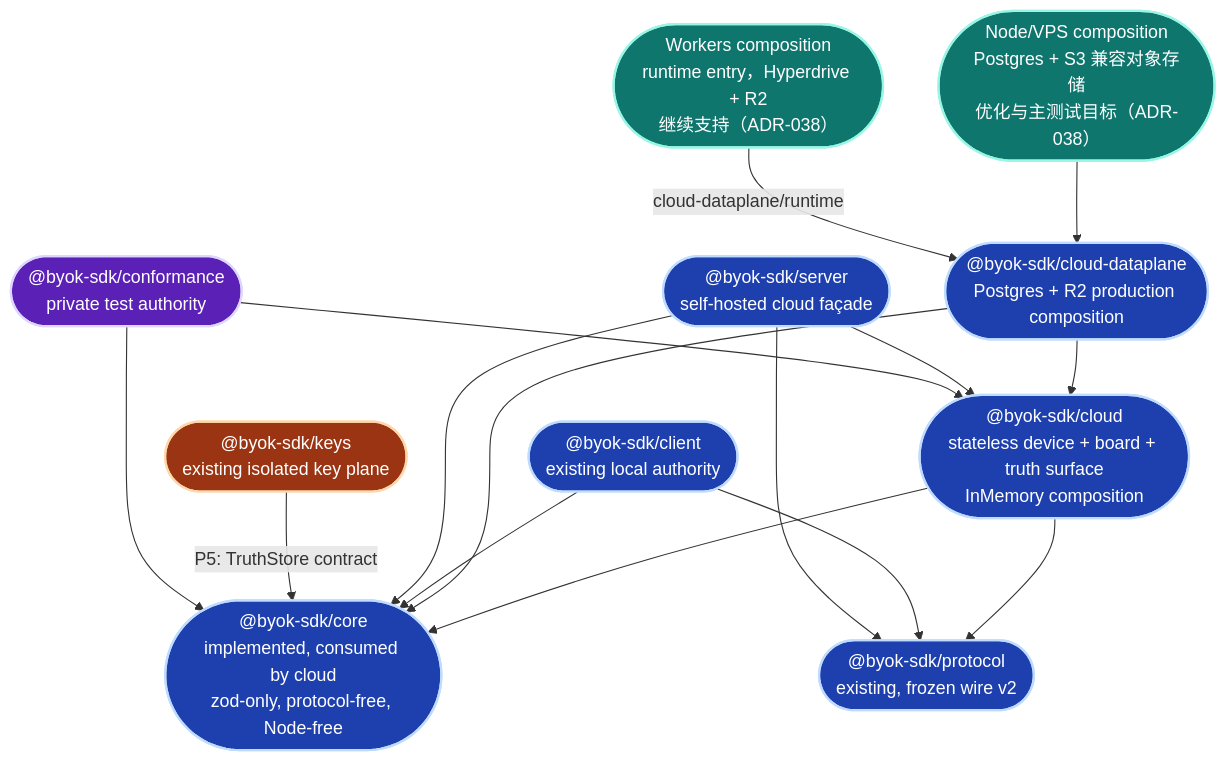
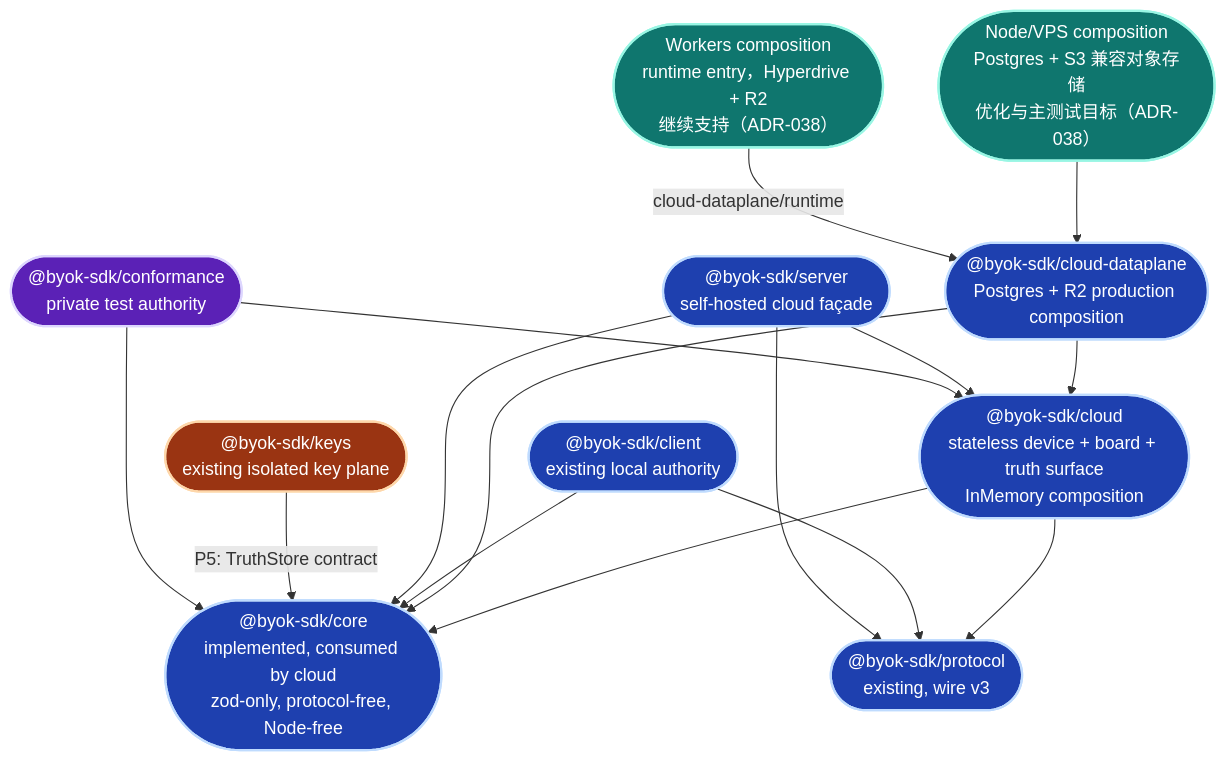
Diagram 15 of 22 in docs/architecture/sdk-architecture.md (Ancienttwo/byok-sdk), drawn with Mermaid before and after one commit. The commit also changed other lines of this file and 1 other file, not shown here.

Commit message:
docs: describe the current wire as v3 in the spec and architecture contract

````diff
--- a/docs/architecture/sdk-architecture.md
+++ b/docs/architecture/sdk-architecture.md
@@ -1070,33 +1070,33 @@
 ```mermaid
 flowchart TB
   classDef existing fill:#1e40af,stroke:#bfdbfe,stroke-width:2px,color:#fff
   classDef planned fill:#5b21b6,stroke:#ddd6fe,stroke-width:2px,color:#fff
   classDef isolated fill:#9a3412,stroke:#fed7aa,stroke-width:2px,color:#fff
   classDef deploy fill:#0f766e,stroke:#99f6e4,stroke-width:2px,color:#fff
 
-  Protocol(["@byok-sdk/protocol<br/>existing, frozen wire v2"]):::existing
+  Protocol(["@byok-sdk/protocol<br/>existing, wire v3"]):::existing
   Core(["@byok-sdk/core<br/>implemented, consumed by cloud<br/>zod-only, protocol-free, Node-free"]):::existing
   Cloud(["@byok-sdk/cloud<br/>stateless device + board + truth surface<br/>InMemory composition"]):::existing
   CloudPg(["@byok-sdk/cloud-dataplane<br/>Postgres + R2 production composition"]):::existing
   Client(["@byok-sdk/client<br/>existing local authority"]):::existing
   Server(["@byok-sdk/server<br/>self-hosted cloud façade"]):::existing
   Conformance(["@byok-sdk/conformance<br/>private test authority"]):::planned
   Keys(["@byok-sdk/keys<br/>existing isolated key plane"]):::isolated
   Node(["Node/VPS composition<br/>Postgres + S3 兼容对象存储<br/>优化与主测试目标（ADR-038）"]):::deploy
   Workers(["Workers composition<br/>runtime entry，Hyperdrive + R2<br/>继续支持（ADR-038）"]):::deploy
 
   Cloud --> Core
   Cloud --> Protocol
   CloudPg --> Cloud
   CloudPg --> Core
   Client --> Core
   Client --> Protocol
   Server --> Cloud
   Server --> Core
   Server --> Protocol
   Keys -->|"P5: TruthStore contract"| Core
   Node --> CloudPg
   Workers -->|"cloud-dataplane/runtime"| CloudPg
   Conformance --> Cloud
   Conformance --> Core
 ```
````
